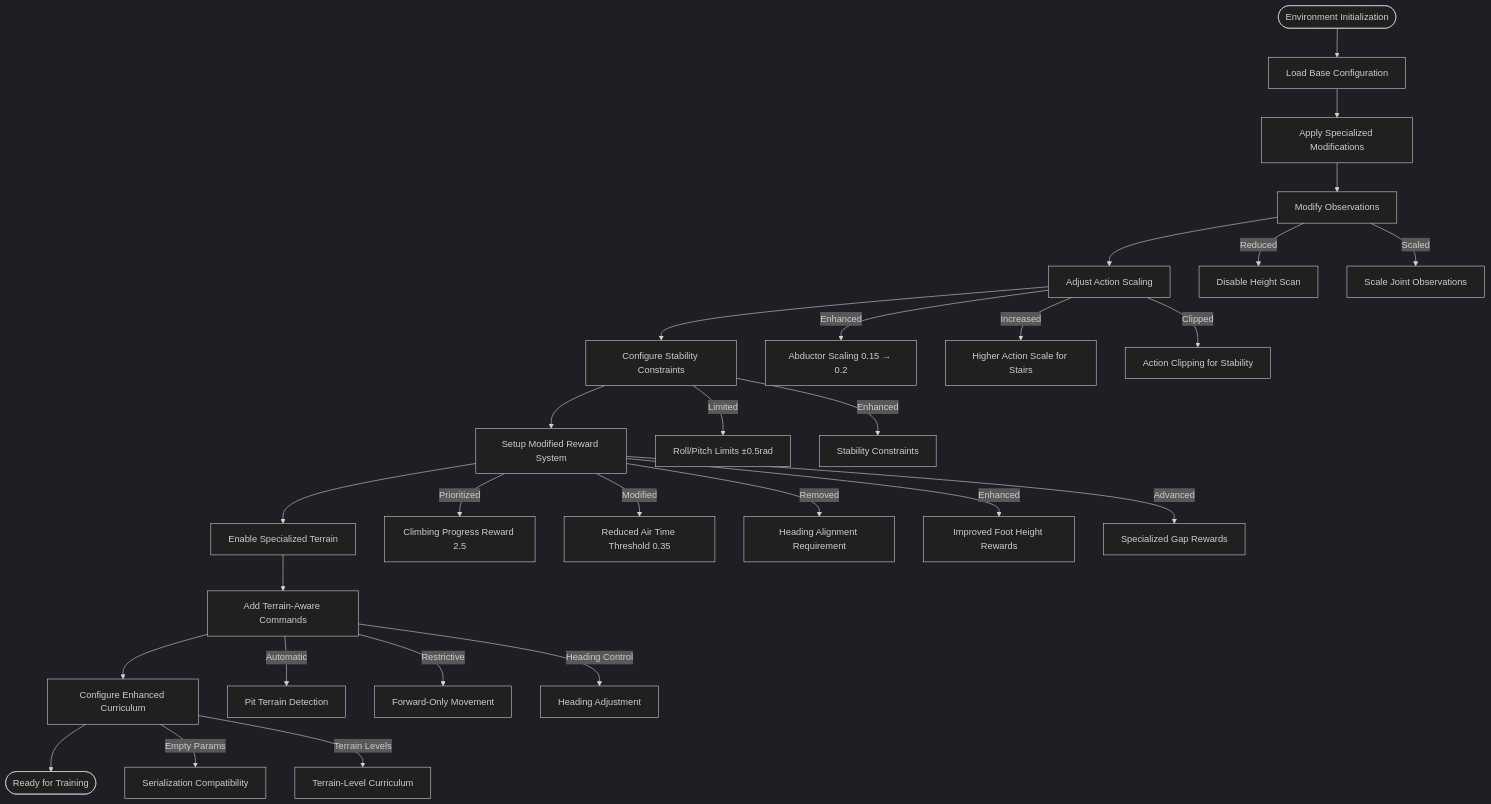
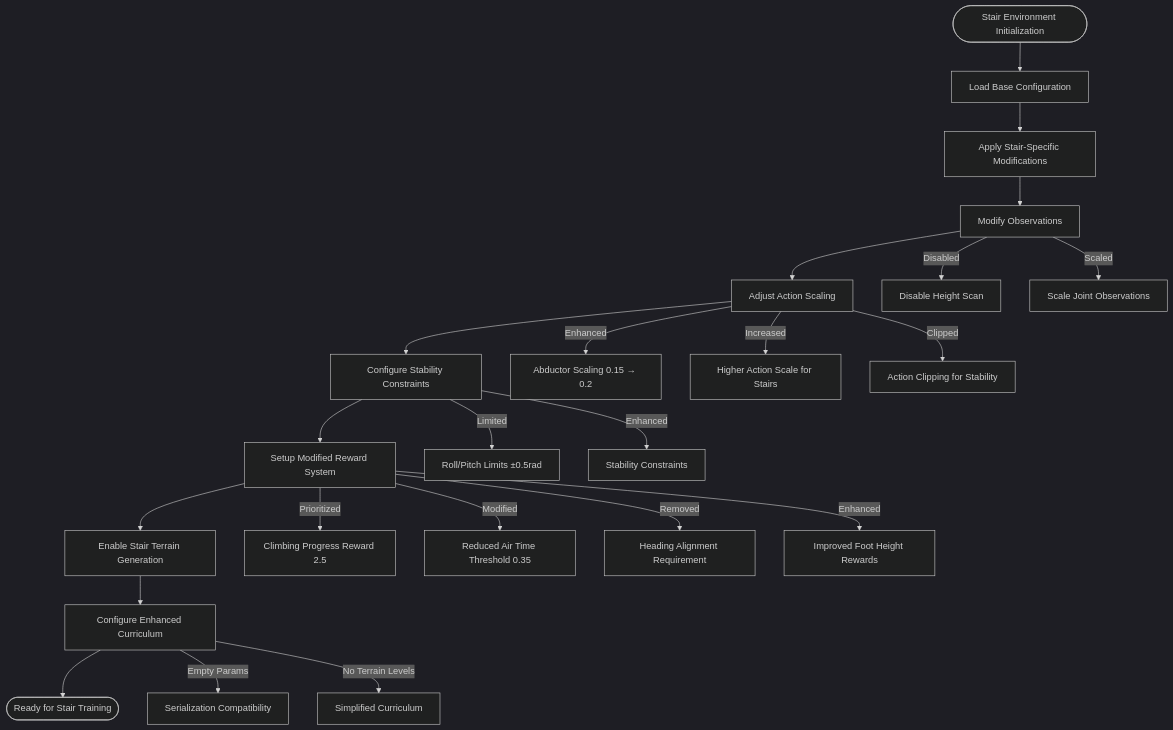
The fourth of 13 diagrams in .qoder/repowiki/en/content/ZSIBOT ZSL1 Stair Climbing Configuration.md (jayjayhust/robot_lab), drawn with Mermaid (dark theme) before and after one commit. The commit also changed other lines of this file and 14 other files, not shown here.

````diff
--- a/.qoder/repowiki/en/content/ZSIBOT ZSL1 Stair Climbing Configuration.md
+++ b/.qoder/repowiki/en/content/ZSIBOT ZSL1 Stair Climbing Configuration.md
@@ -325,30 +279,25 @@
 ```mermaid
 flowchart TD
-START([Environment Initialization]) --> LOAD_BASE["Load Base Configuration"]
-LOAD_BASE --> APPLY_SPECIALIZATION["Apply Specialized Modifications"]
+START([Stair Environment Initialization]) --> LOAD_BASE["Load Base Configuration"]
+LOAD_BASE --> APPLY_SPECIALIZATION["Apply Stair-Specific Modifications"]
 APPLY_SPECIALIZATION --> MODIFY_OBS["Modify Observations"]
 MODIFY_OBS --> ADJUST_ACTIONS["Adjust Action Scaling"]
 ADJUST_ACTIONS --> CONFIG_EVENTS["Configure Stability Constraints"]
 CONFIG_EVENTS --> SETUP_REWARDS["Setup Modified Reward System"]
-SETUP_REWARDS --> ENABLE_TERRAIN["Enable Specialized Terrain"]
-ENABLE_TERRAIN --> ADD_COMMANDS["Add Terrain-Aware Commands"]
-ADD_COMMANDS --> CONFIG_CURRICULUM["Configure Enhanced Curriculum"]
-CONFIG_CURRICULUM --> END([Ready for Training])
-MODIFY_OBS --> |Reduced| HEIGHT_SCAN["Disable Height Scan"]
+SETUP_REWARDS --> ENABLE_TERRAIN["Enable Stair Terrain Generation"]
+ENABLE_TERRAIN --> CONFIG_CURRICULUM["Configure Enhanced Curriculum"]
+CONFIG_CURRICULUM --> END([Ready for Stair Training])
+MODIFY_OBS --> |Disabled| HEIGHT_SCAN["Disable Height Scan"]
 MODIFY_OBS --> |Scaled| JOINT_OBS["Scale Joint Observations"]
 ADJUST_ACTIONS --> |Enhanced| ABAD_SCALE["Abductor Scaling 0.15 → 0.2"]
 ADJUST_ACTIONS --> |Increased| STAIR_ACTIONS["Higher Action Scale for Stairs"]
 ADJUST_ACTIONS --> |Clipped| JOINT_CLIP["Action Clipping for Stability"]
 CONFIG_EVENTS --> |Limited| ROLL_PITCH["Roll/Pitch Limits ±0.5rad"]
 CONFIG_EVENTS --> |Enhanced| RESET_STABILITY["Stability Constraints"]
 SETUP_REWARDS --> |Prioritized| CLIMB_PROGRESS["Climbing Progress Reward 2.5"]
 SETUP_REWARDS --> |Modified| AIR_TIME["Reduced Air Time Threshold 0.35"]
 SETUP_REWARDS --> |Removed| HEADING_ALIGN["Heading Alignment Requirement"]
 SETUP_REWARDS --> |Enhanced| FOOT_HEIGHT["Improved Foot Height Rewards"]
-SETUP_REWARDS --> |Advanced| GAP_REWARDS["Specialized Gap Rewards"]
-ADD_COMMANDS --> |Automatic| PIT_DETECTION["Pit Terrain Detection"]
-ADD_COMMANDS --> |Restrictive| FORWARD_ONLY["Forward-Only Movement"]
-ADD_COMMANDS --> |Heading Control| HEADING_ADJUST["Heading Adjustment"]
 CONFIG_CURRICULUM --> |Empty Params| SERIALIZATION["Serialization Compatibility"]
-CONFIG_CURRICULUM --> |Terrain Levels| LEVEL_CURRICULUM["Terrain-Level Curriculum"]
+CONFIG_CURRICULUM --> |No Terrain Levels| SIMPLE_CURRICULUM["Simplified Curriculum"]
 ```
````
